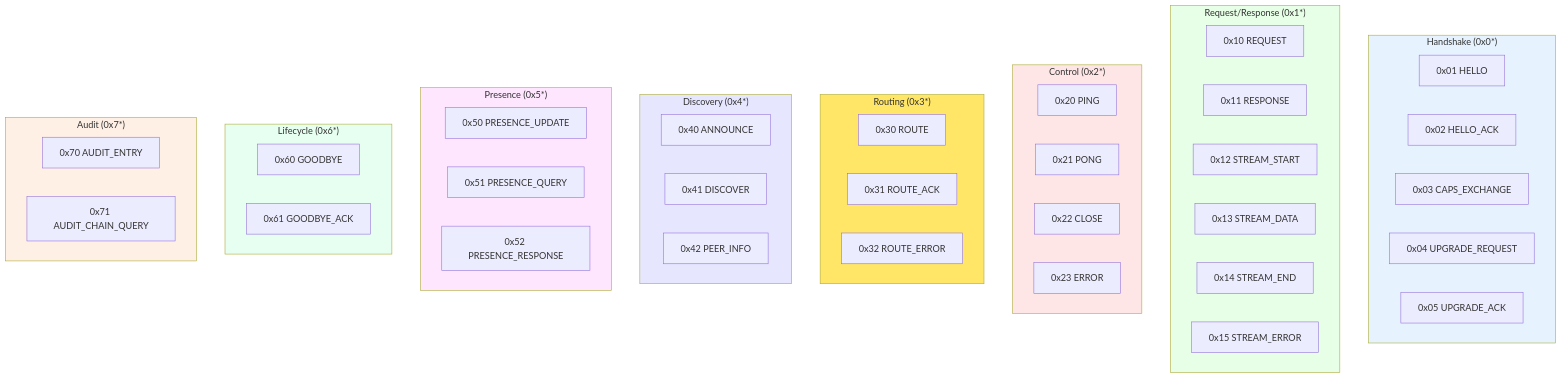
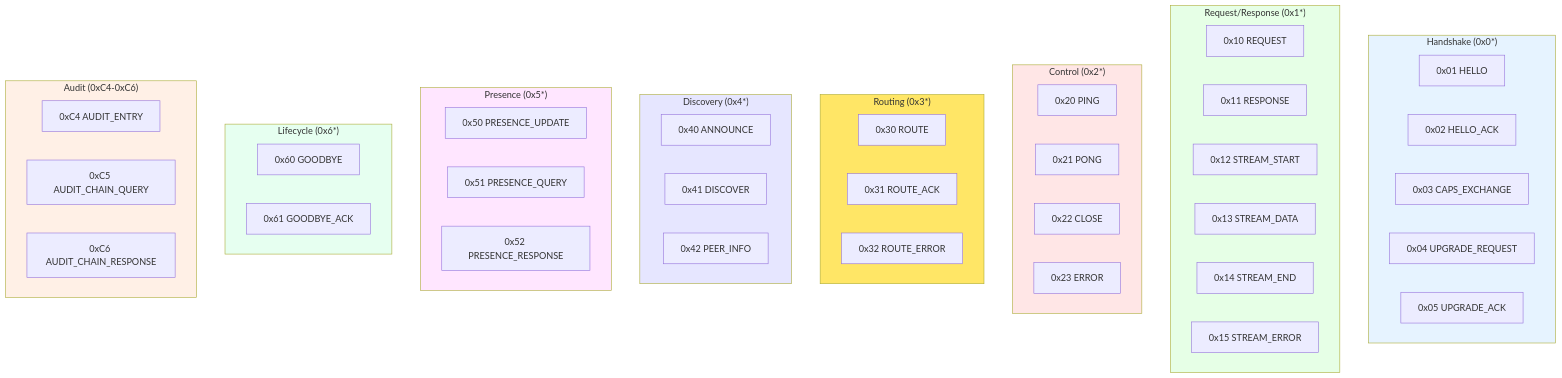
The diagram in docs/browsermesh/specs/core/wire-format.md (johnhenry/clawser), drawn with Mermaid before and after one commit. The commit also changed other lines of this file and 192 other files, not shown here.

````diff
--- a/docs/browsermesh/specs/core/wire-format.md
+++ b/docs/browsermesh/specs/core/wire-format.md
@@ -45,63 +45,64 @@
 ```mermaid
 graph TD
     subgraph Handshake["Handshake (0x0*)"]
         H1["0x01 HELLO"]
         H2["0x02 HELLO_ACK"]
         H3["0x03 CAPS_EXCHANGE"]
         H4["0x04 UPGRADE_REQUEST"]
         H5["0x05 UPGRADE_ACK"]
     end
 
     subgraph ReqRes["Request/Response (0x1*)"]
         R1["0x10 REQUEST"]
         R2["0x11 RESPONSE"]
         R3["0x12 STREAM_START"]
         R4["0x13 STREAM_DATA"]
         R5["0x14 STREAM_END"]
         R6["0x15 STREAM_ERROR"]
     end
 
     subgraph Control["Control (0x2*)"]
         C1["0x20 PING"]
         C2["0x21 PONG"]
         C3["0x22 CLOSE"]
         C4["0x23 ERROR"]
     end
 
     subgraph Routing["Routing (0x3*)"]
         RT1["0x30 ROUTE"]
         RT2["0x31 ROUTE_ACK"]
         RT3["0x32 ROUTE_ERROR"]
     end
 
     subgraph Discovery["Discovery (0x4*)"]
         D1["0x40 ANNOUNCE"]
         D2["0x41 DISCOVER"]
         D3["0x42 PEER_INFO"]
     end
 
     subgraph Presence["Presence (0x5*)"]
         PR1["0x50 PRESENCE_UPDATE"]
         PR2["0x51 PRESENCE_QUERY"]
         PR3["0x52 PRESENCE_RESPONSE"]
     end
 
     subgraph Lifecycle["Lifecycle (0x6*)"]
         L1["0x60 GOODBYE"]
         L2["0x61 GOODBYE_ACK"]
     end
 
-    subgraph Audit["Audit (0x7*)"]
-        AU1["0x70 AUDIT_ENTRY"]
-        AU2["0x71 AUDIT_CHAIN_QUERY"]
+    subgraph Audit["Audit (0xC4-0xC6)"]
+        AU1["0xC4 AUDIT_ENTRY"]
+        AU2["0xC5 AUDIT_CHAIN_QUERY"]
+        AU3["0xC6 AUDIT_CHAIN_RESPONSE"]
     end
 
     style Handshake fill:#E6F3FF
     style ReqRes fill:#E6FFE6
     style Control fill:#FFE6E6
     style Routing fill:#FFE666
     style Discovery fill:#E6E6FF
     style Presence fill:#FFE6FF
     style Lifecycle fill:#E6FFF0
     style Audit fill:#FFF0E6
 ```
````
